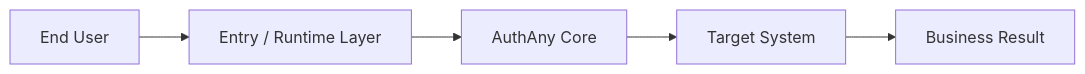
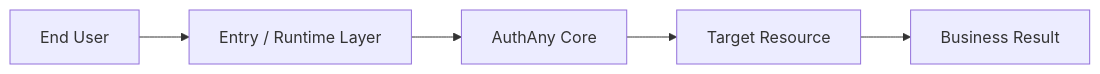
The first of 2 diagrams in demand/01-overview.md (renxqoo/Authany), drawn with Mermaid before and after one commit. The commit also changed other lines of this file and 310 other files, not shown here.

Commit message:
feat: harden security flows and reorganize example apps

````diff
--- a/demand/01-overview.md
+++ b/demand/01-overview.md
@@ -137,7 +137,7 @@
 ```mermaid
 flowchart LR
     U["End User"] --> E["Entry / Runtime Layer"]
     E --> A["AuthAny Core"]
-    A --> T["Target System"]
+    A --> T["Target Resource"]
     T --> R["Business Result"]
 ```
````
